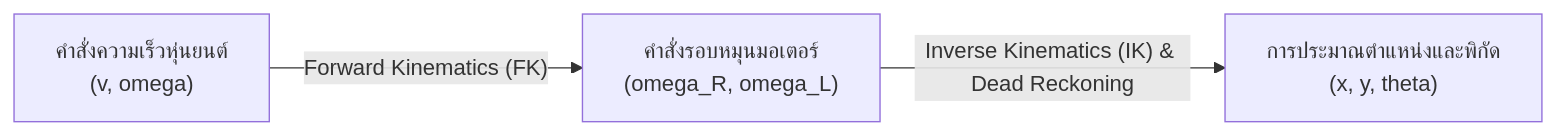
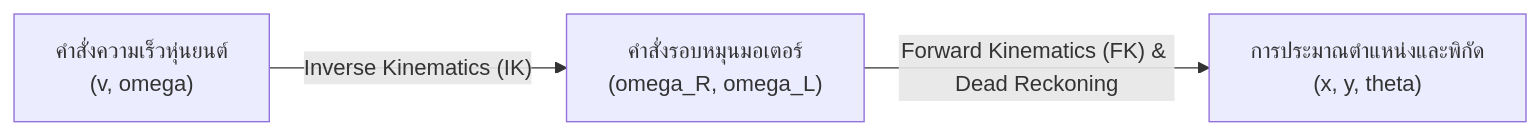
Before and after one commit to alfaXphoori/ros2: the second of 2 diagrams in Essential_ROS/Week_06_Kinematics_REP_Standards/Readme.md, drawn with Mermaid. The commit also changed other lines of this file and 425 other files, not shown here.

````diff
--- a/Essential_ROS/Week_06_Kinematics_REP_Standards/Readme.md
+++ b/Essential_ROS/Week_06_Kinematics_REP_Standards/Readme.md
@@ -98,9 +101,9 @@
 ```mermaid
 flowchart LR
     CmdVel["คำสั่งความเร็วหุ่นยนต์<br/>(v, omega)"]
     Wheels["คำสั่งรอบหมุนมอเตอร์<br/>(omega_R, omega_L)"]
     Odometry["การประมาณตำแหน่งและพิกัด<br/>(x, y, theta)"]
 
-    CmdVel -->|"Forward Kinematics (FK)"| Wheels
-    Wheels -->|"Inverse Kinematics (IK) & Dead Reckoning"| Odometry
+    CmdVel -->|"Inverse Kinematics (IK)"| Wheels
+    Wheels -->|"Forward Kinematics (FK) & Dead Reckoning"| Odometry
 ```
````
